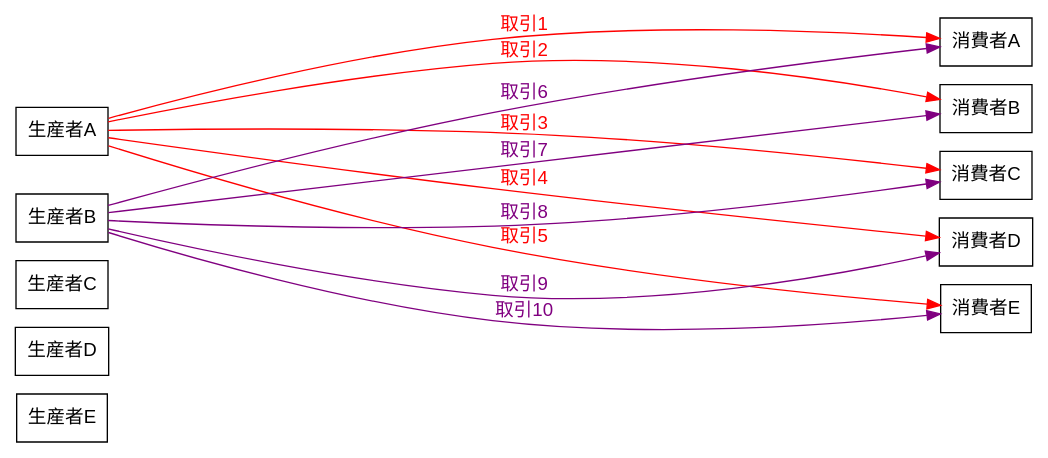
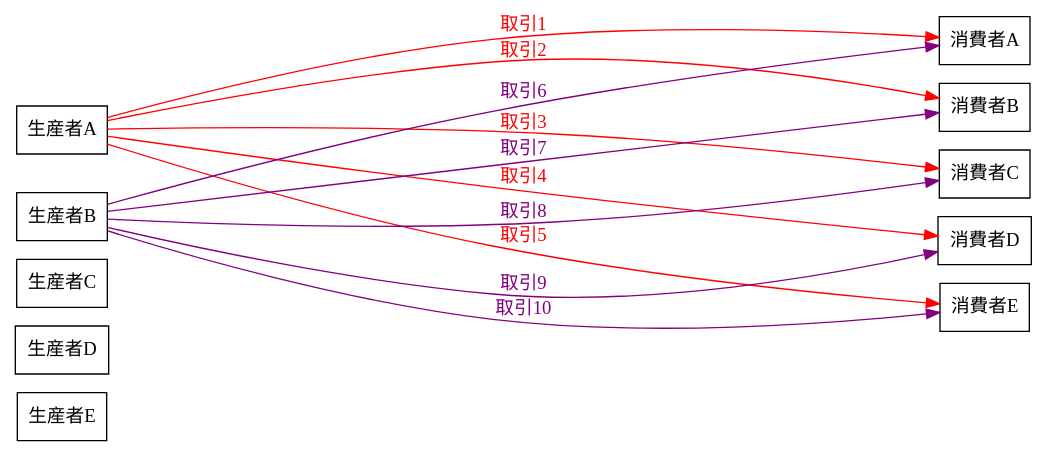
One commit to takeshinishimura/Agricultural_Markets changed the diagram in Graphviz/transaction1-2.gv. Above: the diagram before and after it, drawn with Graphviz. The commit also changed 346 other files, not shown here.

```diff
--- a/Graphviz/transaction1-2.gv
+++ b/Graphviz/transaction1-2.gv
@@ -1,48 +1,52 @@
 digraph transaction2 {
   rankdir=LR;
-  node [fontname=Helvetica, shape=box];
-  ranksep=8.0;
-  nodesep=0.1;
+  node [fontname = "IPAEXGothic", shape = box];
+  ranksep = 8.0;
+  nodesep = 0.1;
 
   subgraph kluster_0 {
-    label="生産者";
-    P1 [label="生産者A"];
-    P2 [label="生産者B"];
-    P3 [label="生産者C"];
-    P4 [label="生産者D"];
-    P5 [label="生産者E"];
-    P1 -> P2 [style=invis];
-    P2 -> P3 [style=invis];
-    P3 -> P4 [style=invis];
-    P4 -> P5 [style=invis];
+    label = "生産者";
+    P1 [label = "生産者A"];
+    P2 [label = "生産者B"];
+    P3 [label = "生産者C"];
+    P4 [label = "生産者D"];
+    P5 [label = "生産者E"];
+    P1 -> P2 [style = invis];
+    P2 -> P3 [style = invis];
+    P3 -> P4 [style = invis];
+    P4 -> P5 [style = invis];
     {rank = same; P1; P2; P3; P4; P5}
   }
 
   subgraph kluster_1 {
-    label="消費者";
-    C1 [label="消費者A"];
-    C2 [label="消費者B"];
-    C3 [label="消費者C"];
-    C4 [label="消費者D"];
-    C5 [label="消費者E"];
-    C1 -> C2 [style=invis];
-    C2 -> C3 [style=invis];
-    C3 -> C4 [style=invis];
-    C4 -> C5 [style=invis];
+    label = "消費者";
+    C1 [label = "消費者A"];
+    C2 [label = "消費者B"];
+    C3 [label = "消費者C"];
+    C4 [label = "消費者D"];
+    C5 [label = "消費者E"];
+    C1 -> C2 [style = invis];
+    C2 -> C3 [style = invis];
+    C3 -> C4 [style = invis];
+    C4 -> C5 [style = invis];
     {rank = same; C1; C2; C3; C4; C5}
   }
 
-  edge [fontname=Helvetica, fontcolor=red, color=red];
-  P1 -> C1 [label="取引1"];
-  P1 -> C2 [label="取引2"];
-  P1 -> C3 [label="取引3"];
-  P1 -> C4 [label="取引4"];
-  P1 -> C5 [label="取引5"];
+  edge [fontname = "IPAEXGothic",
+        fontcolor = red,
+        color = red];
+  P1 -> C1 [label = "取引1"];
+  P1 -> C2 [label = "取引2"];
+  P1 -> C3 [label = "取引3"];
+  P1 -> C4 [label = "取引4"];
+  P1 -> C5 [label = "取引5"];
   
-  edge [fontname=Helvetica, fontcolor=purple, color=purple];
-  P2 -> C1 [label="取引6"];
-  P2 -> C2 [label="取引7"];
-  P2 -> C3 [label="取引8"];
-  P2 -> C4 [label="取引9"];
-  P2 -> C5 [label="取引10"];
+  edge [fontname = "IPAEXGothic",
+        fontcolor = purple,
+        color = purple];
+  P2 -> C1 [label = "取引6"];
+  P2 -> C2 [label = "取引7"];
+  P2 -> C3 [label = "取引8"];
+  P2 -> C4 [label = "取引9"];
+  P2 -> C5 [label = "取引10"];
 }
```
